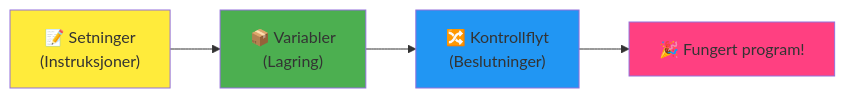
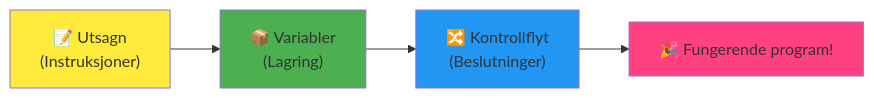
One commit to microsoft/Web-Dev-For-Beginners changed the fourth of 7 diagrams in translations/no/1-getting-started-lessons/1-intro-to-programming-languages/README.md. Above: the diagram before and after it, drawn with Mermaid. The commit also changed other lines of this file and 8 other files, not shown here.

````diff
--- a/translations/no/1-getting-started-lessons/1-intro-to-programming-languages/README.md
+++ b/translations/no/1-getting-started-lessons/1-intro-to-programming-languages/README.md
@@ -467,9 +467,9 @@
 ```mermaid
 flowchart LR
-    A["📝 Setninger<br/>(Instruksjoner)"] --> B["📦 Variabler<br/>(Lagring)"] --> C["🔀 Kontrollflyt<br/>(Beslutninger)"] --> D["🎉 Fungert program!"]
+    A["📝 Utsagn<br/>(Instruksjoner)"] --> B["📦 Variabler<br/>(Lagring)"] --> C["🔀 Kontrollflyt<br/>(Beslutninger)"] --> D["🎉 Fungerende program!"]
     
     style A fill:#ffeb3b
     style B fill:#4caf50
     style C fill:#2196f3
     style D fill:#ff4081
 ```
````
